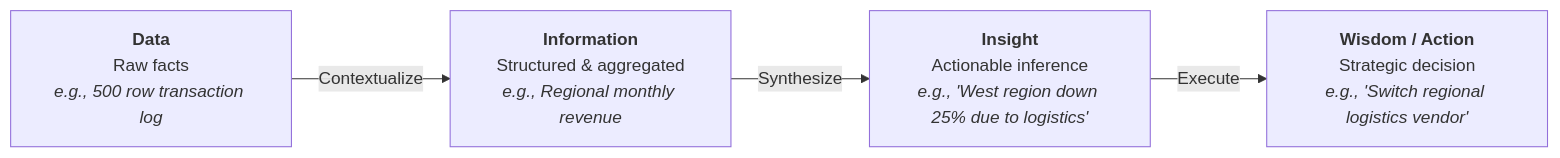
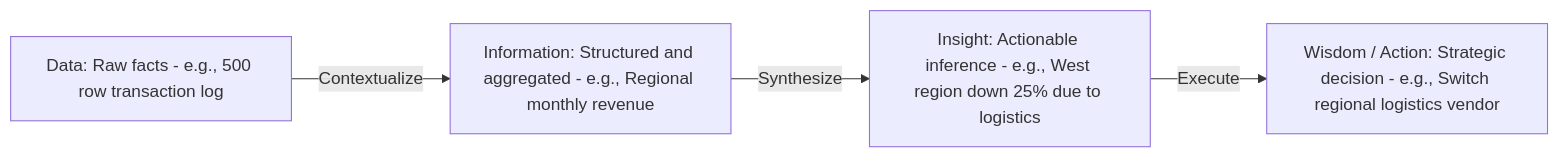
The third of 9 diagrams in notes/data_analysis/Chapter8_Business_Data_Visualization_Definition_Purpose_Usage.md (DeepLumiere/DeepSkills), drawn with Mermaid before and after one commit. The commit also changed other lines of this file and 56 other files, not shown here.

````diff
--- a/notes/data_analysis/Chapter8_Business_Data_Visualization_Definition_Purpose_Usage.md
+++ b/notes/data_analysis/Chapter8_Business_Data_Visualization_Definition_Purpose_Usage.md
@@ -82,6 +82,6 @@
 ```mermaid
 flowchart LR
-    D["<b>Data</b><br/>Raw facts<br/><i>e.g., 500 row transaction log</i>"] -->|Contextualize| I["<b>Information</b><br/>Structured & aggregated<br/><i>e.g., Regional monthly revenue</i>"]
-    I -->|Synthesize| INS["<b>Insight</b><br/>Actionable inference<br/><i>e.g., 'West region down 25% due to logistics'</i>"]
-    INS -->|Execute| W["<b>Wisdom / Action</b><br/>Strategic decision<br/><i>e.g., 'Switch regional logistics vendor'</i>"]
+    D["Data: Raw facts - e.g., 500 row transaction log"] -->|Contextualize| I["Information: Structured and aggregated - e.g., Regional monthly revenue"]
+    I -->|Synthesize| INS["Insight: Actionable inference - e.g., West region down 25% due to logistics"]
+    INS -->|Execute| W["Wisdom / Action: Strategic decision - e.g., Switch regional logistics vendor"]
 ```
````
